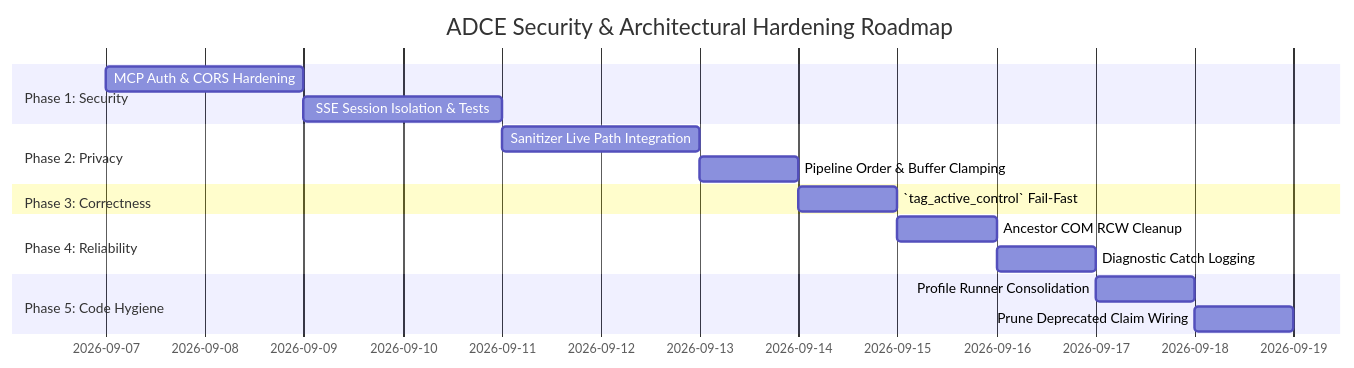
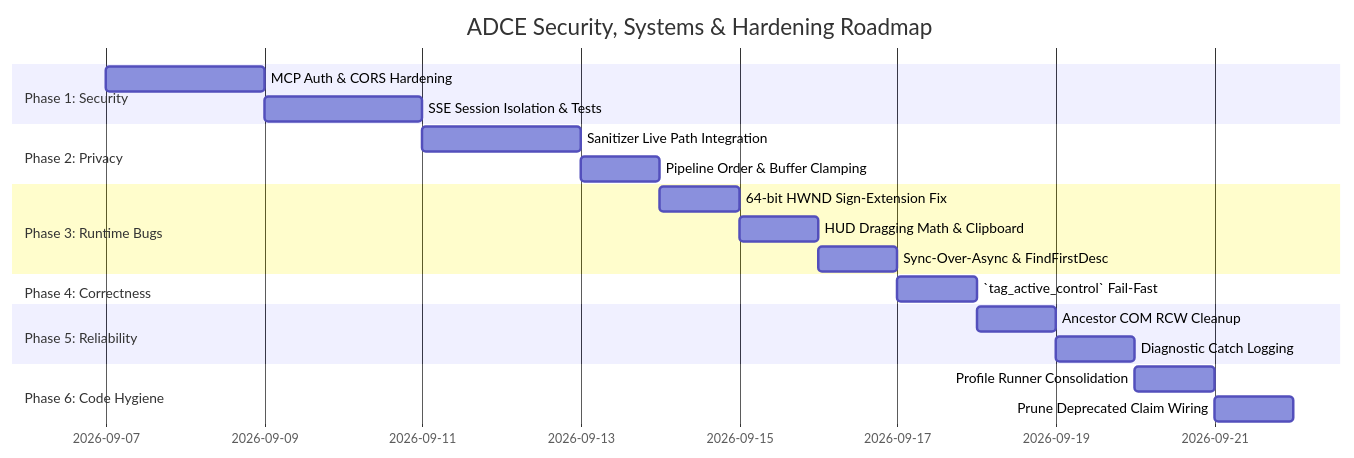
One commit to amirf147/active-desktop-context-engine changed the diagram in docs/architecture/SECURITY_AND_HYGIENE_AUDIT_2026.md. Above: the diagram before and after it, drawn with Mermaid. The commit also changed other lines of this file, not shown here.

````diff
--- a/docs/architecture/SECURITY_AND_HYGIENE_AUDIT_2026.md
+++ b/docs/architecture/SECURITY_AND_HYGIENE_AUDIT_2026.md
@@ -157,19 +319,23 @@
 ```mermaid
 gantt
-    title ADCE Security & Architectural Hardening Roadmap
+    title ADCE Security, Systems & Hardening Roadmap
     dateFormat  YYYY-MM-DD
     section Phase 1: Security
     MCP Auth & CORS Hardening       :p1_1, 2026-09-07, 2d
     SSE Session Isolation & Tests   :p1_2, after p1_1, 2d
     section Phase 2: Privacy
     Sanitizer Live Path Integration :p2_1, after p1_2, 2d
     Pipeline Order & Buffer Clamping:p2_2, after p2_1, 1d
-    section Phase 3: Correctness
-    `tag_active_control` Fail-Fast  :p3_1, after p2_2, 1d
-    section Phase 4: Reliability
-    Ancestor COM RCW Cleanup        :p4_1, after p3_1, 1d
-    Diagnostic Catch Logging        :p4_2, after p4_1, 1d
-    section Phase 5: Code Hygiene
-    Profile Runner Consolidation    :p5_1, after p4_2, 1d
-    Prune Deprecated Claim Wiring   :p5_2, after p5_1, 1d
+    section Phase 3: Runtime Bugs
+    64-bit HWND Sign-Extension Fix  :p3_1, after p2_2, 1d
+    HUD Dragging Math & Clipboard   :p3_2, after p3_1, 1d
+    Sync-Over-Async & FindFirstDesc :p3_3, after p3_2, 1d
+    section Phase 4: Correctness
+    `tag_active_control` Fail-Fast  :p4_1, after p3_3, 1d
+    section Phase 5: Reliability
+    Ancestor COM RCW Cleanup        :p5_1, after p4_1, 1d
+    Diagnostic Catch Logging        :p5_2, after p5_1, 1d
+    section Phase 6: Code Hygiene
+    Profile Runner Consolidation    :p6_1, after p5_2, 1d
+    Prune Deprecated Claim Wiring   :p6_2, after p6_1, 1d
 ```
````
